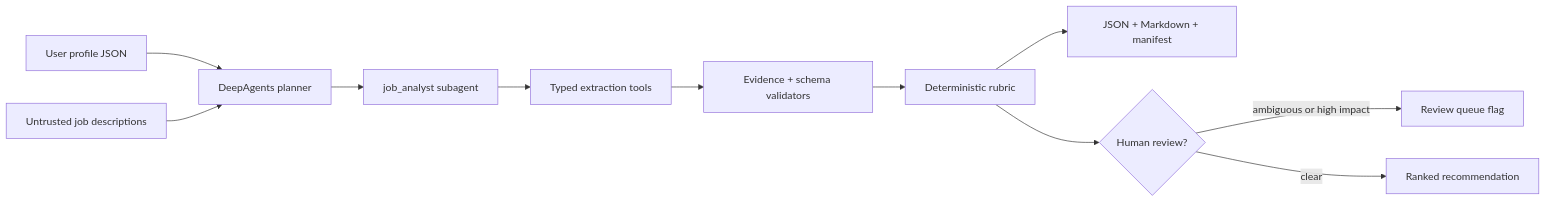
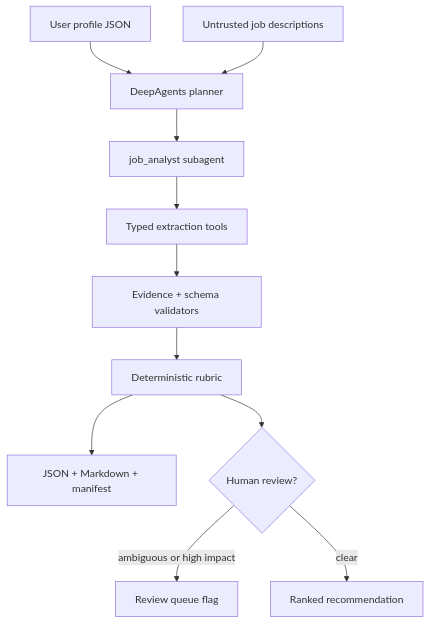
Before and after one commit to zt5rice/job-fit-research-agent: the diagram in README.md, drawn with Mermaid.

Commit message:
JFA-040: docs(readme): use vertical architecture diagram

````diff
--- a/README.md
+++ b/README.md
@@ -28,13 +28,13 @@
 ```mermaid
-flowchart LR
+flowchart TD
     U[User profile JSON] --> P[DeepAgents planner]
     J[Untrusted job descriptions] --> P
     P --> A[job_analyst subagent]
     A --> T[Typed extraction tools]
     T --> V[Evidence + schema validators]
     V --> S[Deterministic rubric]
     S --> R[JSON + Markdown + manifest]
     S --> H{Human review?}
     H -->|ambiguous or high impact| Q[Review queue flag]
     H -->|clear| O[Ranked recommendation]
 ```
````
